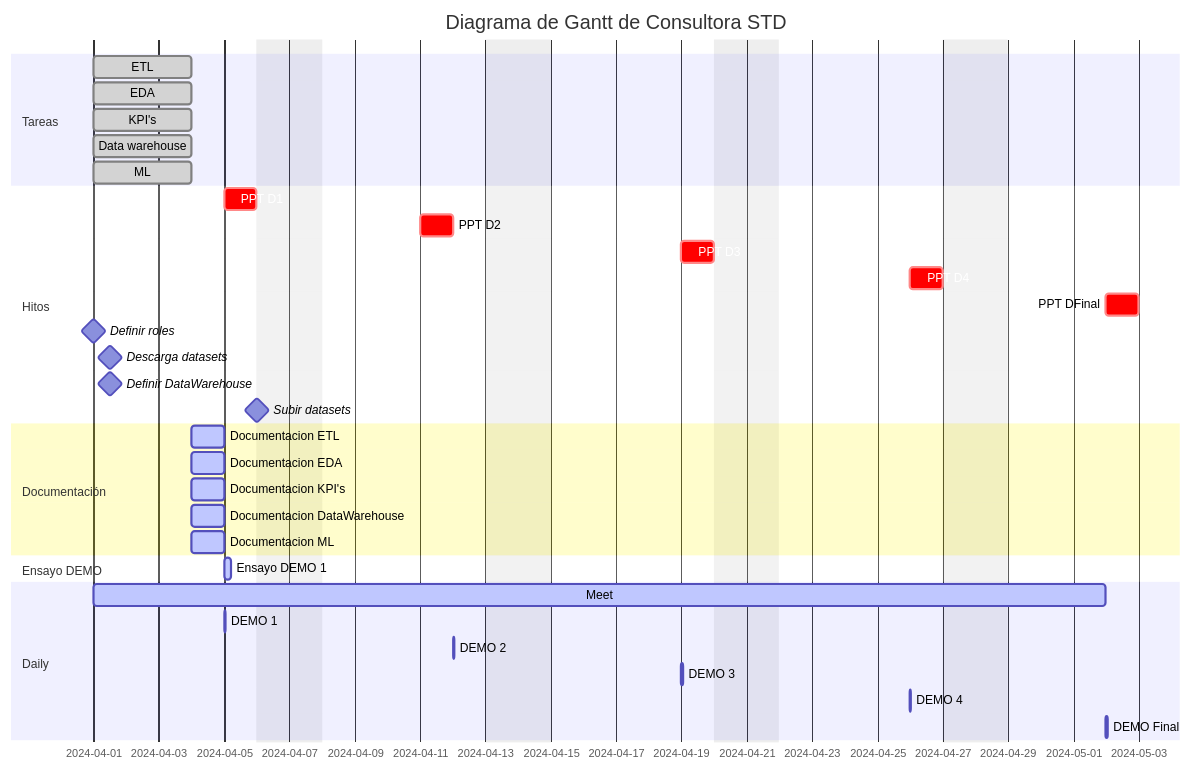
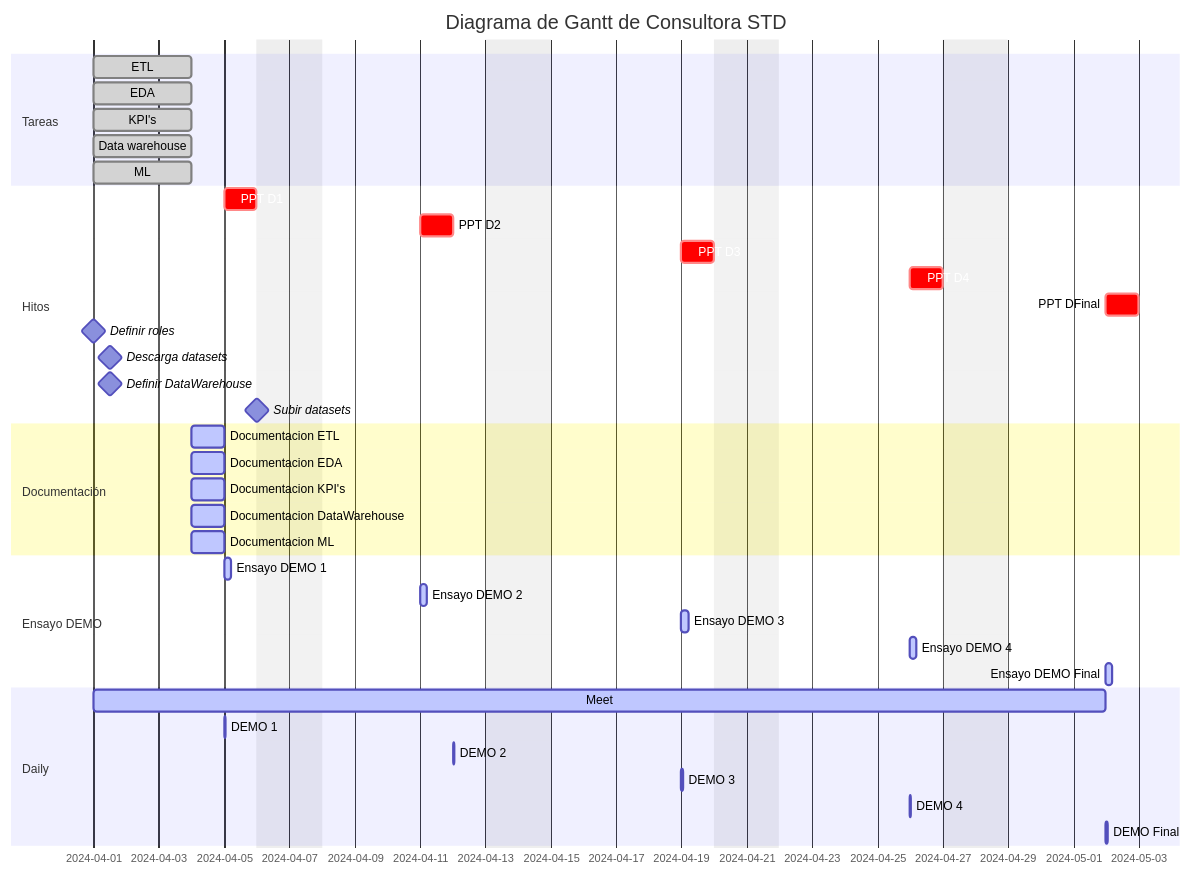
Before and after one commit to marceloyuba/SDT: the diagram in README.md, drawn with Mermaid.

````diff
--- a/README.md
+++ b/README.md
@@ -7,45 +7,49 @@
 ```mermaid
 gantt
    
     dateFormat  YYYY-MM-DD
     title       Diagrama de Gantt de Consultora STD
     excludes    weekends
     %% (`excludes` accepts specific dates in YYYY-MM-DD format, days of the week ("sunday") or "weekends", but not the word "weekdays".)
 
    section Tareas
     ETL                       :done,    des1, 2024-04-01, 3d
     EDA                       :done,  des2, 2024-04-01, 3d
     KPI's                     :done,   des3,  2024-04-01, 3d
     Data warehouse            :done,   des4, 2024-04-01, 3d
     ML                        :done, des5, 2024-04-01, 3d               
 
     section Hitos
     PPT D1                              :crit,  2024-04-05,24h
     PPT D2                              :crit,  2024-04-11,24h
     PPT D3                              :crit,  2024-04-19,24h
     PPT D4                              :crit,  2024-04-26,24h
     PPT DFinal                              :crit,  after a1,24h
     Definir roles                       :milestone, isadded, 2024-04-01, 0d
     Descarga datasets                   :milestone, isadded, 2024-04-01, 24h
     Definir DataWarehouse               :milestone,isadded, 2024-04-01, 24h
     Subir datasets                      :milestone,isadded 2024-04-04, 2d
 
     section Documentación
     Documentacion ETL               :active, a1, after des1, 1d
     Documentacion EDA              :active, a1, after des1, 1d
     Documentacion KPI's              :active, a1, after des1, 1d
     Documentacion DataWarehouse       :active, a1, after des1, 1d
     Documentacion ML             :active, a1, after des1, 1d
     
     section Ensayo DEMO
-    Ensayo DEMO 1                       :active, after 2024-04-05, 5h
+    Ensayo DEMO 1                       :active, 2024-04-05, 5h
+    Ensayo DEMO 2                       :active, 2024-04-11, 5h
+    Ensayo DEMO 3                      :active, 2024-04-19, 5h
+    Ensayo DEMO 4                      :active, 2024-04-26, 5h
+    Ensayo DEMO Final                  :active, after a1, 5h
 
     section Daily
     Meet                               :active,a1, 2024-04-01, 2024-05-02
     DEMO 1                             :active, 2024-04-05, 1h
     DEMO 2                             :active, 2024-04-12, 1h
     DEMO 3                             :active, 2024-04-19, 1h
     DEMO 4                             :active,2024-04-26, 1h
     DEMO Final                             :after a1, 1h
 
 ```
````
